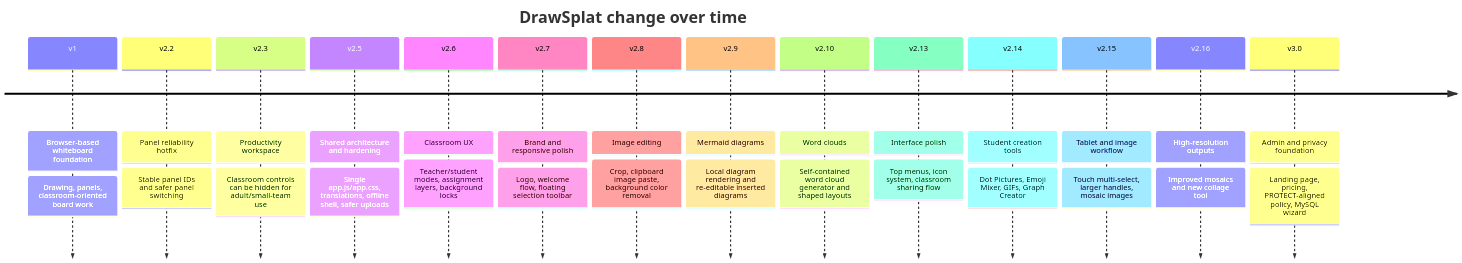
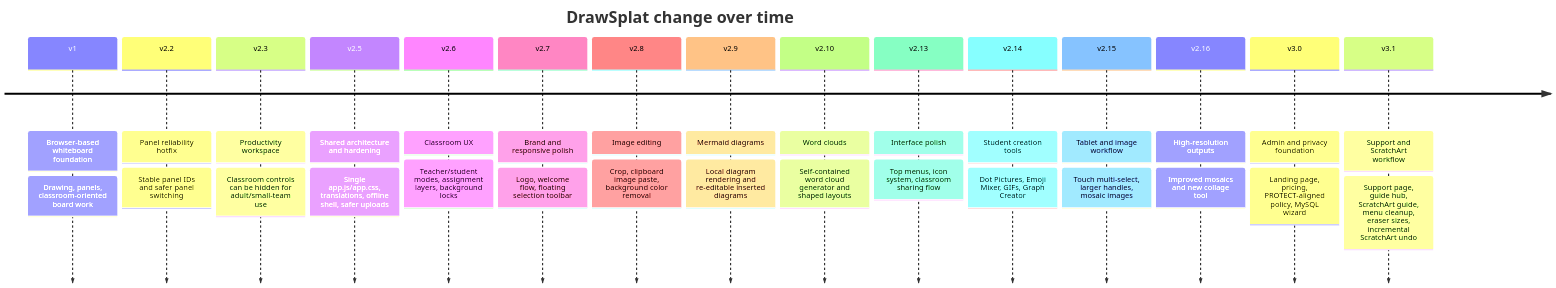
Before and after one commit to mguhlin/drawsplat: the diagram in README.md, drawn with Mermaid. The commit also changed other lines of this file and 14 other files, not shown here.

````diff
--- a/README.md
+++ b/README.md
@@ -15,32 +30,34 @@
 ```mermaid
 timeline
   title DrawSplat change over time
   v1 : Browser-based whiteboard foundation
      : Drawing, panels, classroom-oriented board work
   v2.2 : Panel reliability hotfix
        : Stable panel IDs and safer panel switching
   v2.3 : Productivity workspace
        : Classroom controls can be hidden for adult/small-team use
   v2.5 : Shared architecture and hardening
        : Single app.js/app.css, translations, offline shell, safer uploads
   v2.6 : Classroom UX
        : Teacher/student modes, assignment layers, background locks
   v2.7 : Brand and responsive polish
        : Logo, welcome flow, floating selection toolbar
   v2.8 : Image editing
        : Crop, clipboard image paste, background color removal
   v2.9 : Mermaid diagrams
        : Local diagram rendering and re-editable inserted diagrams
   v2.10 : Word clouds
         : Self-contained word cloud generator and shaped layouts
   v2.13 : Interface polish
         : Top menus, icon system, classroom sharing flow
   v2.14 : Student creation tools
         : Dot Pictures, Emoji Mixer, GIFs, Graph Creator
   v2.15 : Tablet and image workflow
         : Touch multi-select, larger handles, mosaic images
   v2.16 : High-resolution outputs
         : Improved mosaics and new collage tool
   v3.0 : Admin and privacy foundation
        : Landing page, pricing, PROTECT-aligned policy, MySQL wizard
+  v3.1 : Support and ScratchArt workflow
+       : Support page, guide hub, ScratchArt guide, menu cleanup, eraser sizes, incremental ScratchArt undo
 ```
````
